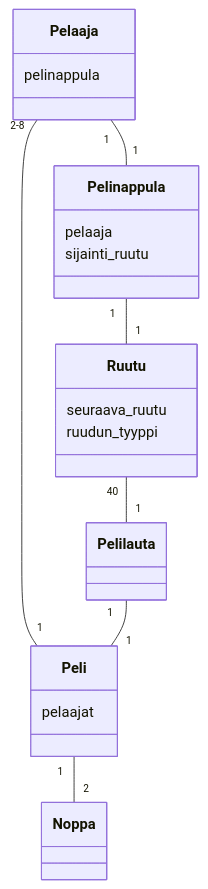
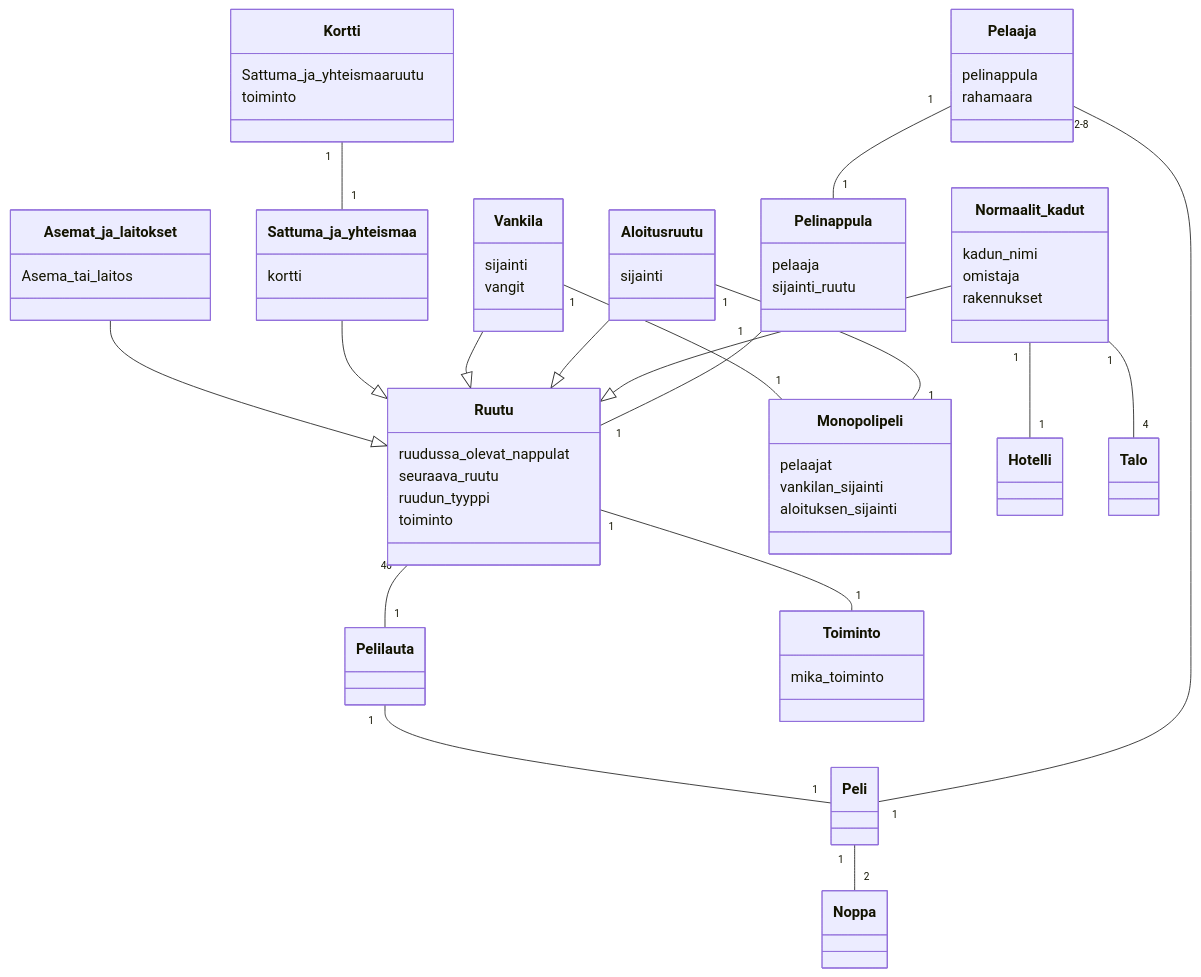
The diagram in laskarit/viikko3/monopoli.md (arolaeemil/ot-harjoitustyo), drawn with Mermaid before and after one commit.

````diff
--- a/laskarit/viikko3/monopoli.md
+++ b/laskarit/viikko3/monopoli.md
@@ -1,27 +1,73 @@
 ```mermaid
  classDiagram
 	Pelaaja "2-8" -- "1" Peli
 	Pelilauta "1" -- "1" Peli
 	Ruutu "40" -- "1" Pelilauta
 	Pelaaja "1" -- "1" Pelinappula
 	Peli "1" -- "2" Noppa
 	Pelinappula "1" -- "1" Ruutu
-	class Peli{
+	Aloitusruutu "1" -- "1" Monopolipeli
+	Vankila "1" -- "1" Monopolipeli
+	Kortti "1" -- "1" Sattuma_ja_yhteismaa
+	Normaalit_kadut "1" -- "1" Hotelli
+	Normaalit_kadut "1" -- "4" Talo
+	Ruutu "1" -- "1" Toiminto
+	Normaalit_kadut --|> Ruutu
+	Aloitusruutu --|> Ruutu
+	Vankila --|> Ruutu
+	Sattuma_ja_yhteismaa --|> Ruutu
+	Asemat_ja_laitokset --|> Ruutu
+	
+	class Monopolipeli{
 	pelaajat
+	vankilan_sijainti
+	aloituksen_sijainti
 	}
 	class Pelaaja{
 	pelinappula
+	rahamaara
 	}
 	class Pelilauta{
 	}
 	class Ruutu{
+	ruudussa_olevat_nappulat
 	seuraava_ruutu
 	ruudun_tyyppi
+	toiminto
 	}
 	class Pelinappula{
 	pelaaja
 	sijainti_ruutu
 	}
 	class Noppa{
 	}
+	class Aloitusruutu{
+	sijainti
+	}
+	class Vankila{
+	sijainti
+	vangit
+	}
+	class Sattuma_ja_yhteismaa{
+	kortti
+	}
+	class Kortti{
+	Sattuma_ja_yhteismaaruutu
+	toiminto
+	}
+	class Asemat_ja_laitokset{
+	Asema_tai_laitos
+	}
+	class Normaalit_kadut{
+	kadun_nimi
+	omistaja
+	rakennukset
+	}
+	class Hotelli{
+	}
+	class Talo{
+	}
+	class Toiminto{
+	mika_toiminto
+	}
 ```
````
